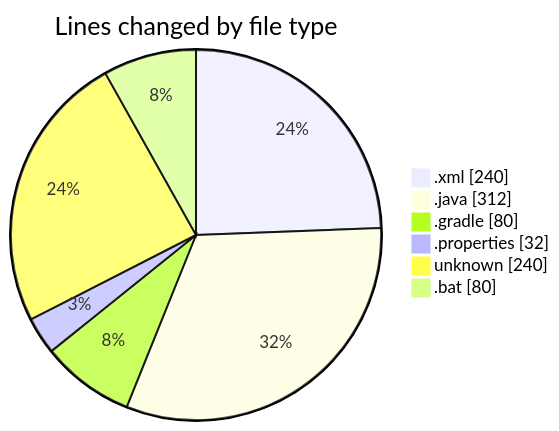
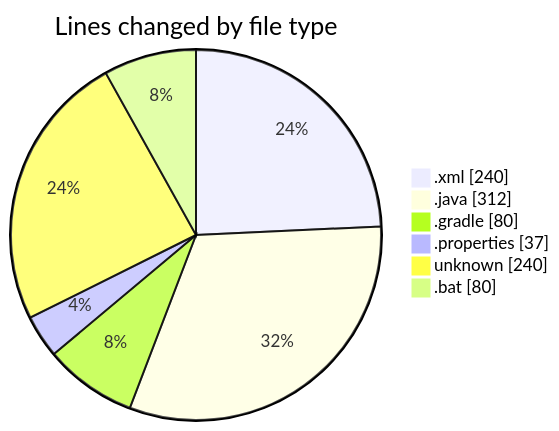
One commit to CELIANVF/code-tracking changed the first of 2 diagrams in 2025-05-30/archery_sum/README.md. Above: the diagram before and after it, drawn with Mermaid. The commit also changed other lines of this file and 1 other file, not shown here.

````diff
--- a/2025-05-30/archery_sum/README.md
+++ b/2025-05-30/archery_sum/README.md
@@ -37,10 +37,10 @@
 ```mermaid
 pie showData
 title Lines changed by file type
 ".xml" : 240
 ".java" : 312
 ".gradle" : 80
-".properties" : 32
+".properties" : 37
 "unknown" : 240
 ".bat" : 80
 ```
````
